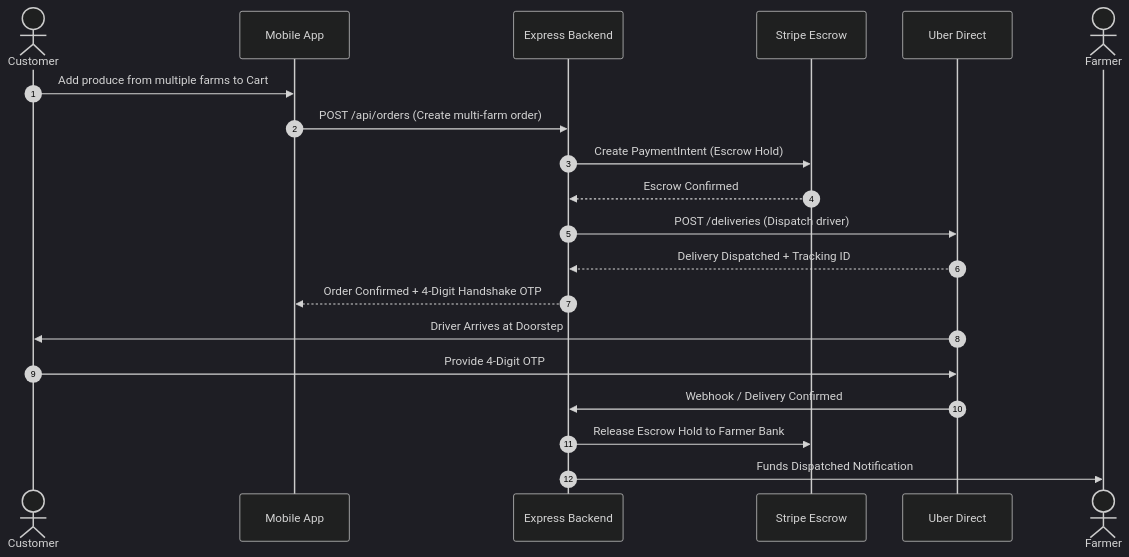
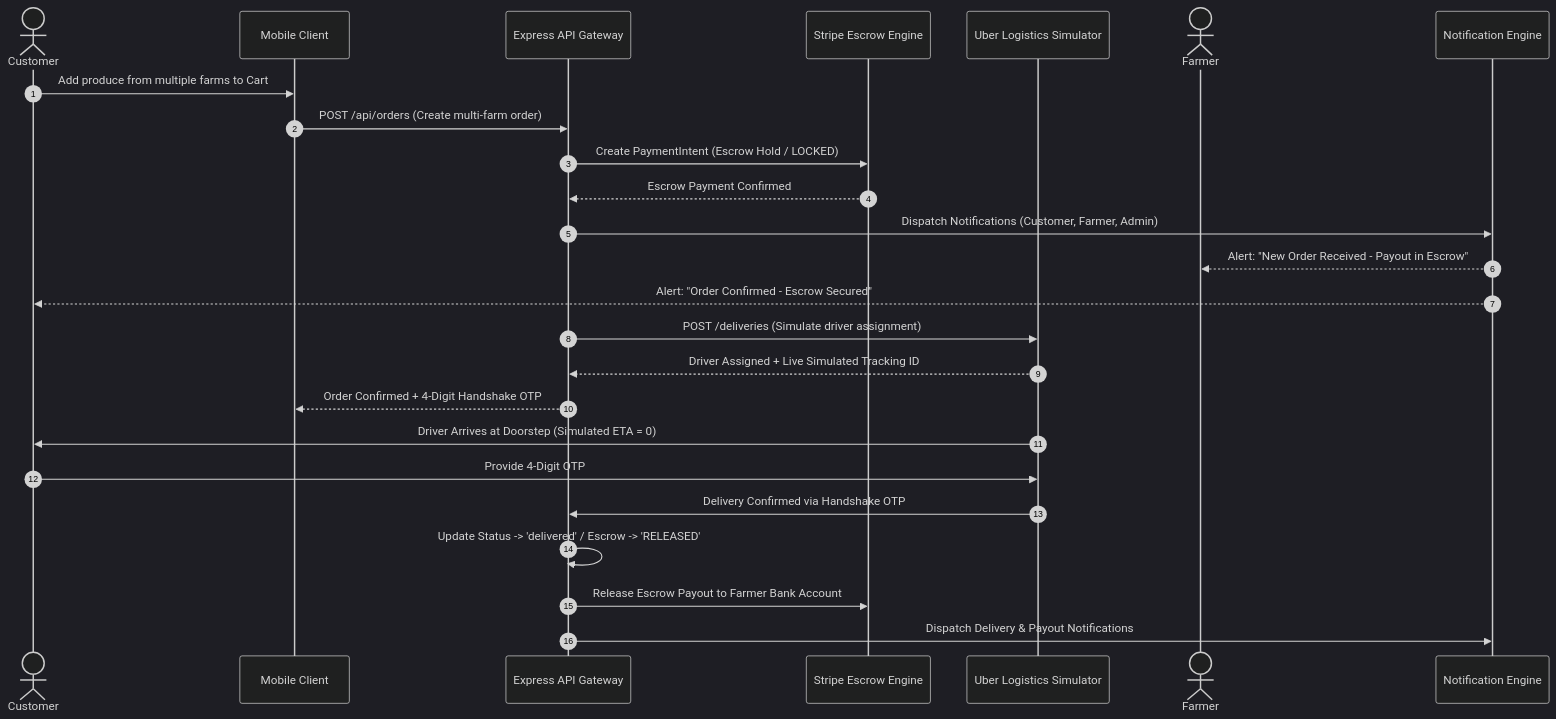
One commit to MeviniNethasa/Eco-Harvest changed the second of 8 diagrams in ECOHARVEST_TECHNICAL_ARCHITECTURE_AND_WORKFLOW.md. Above: the diagram before and after it, drawn with Mermaid (dark theme). The commit also changed other lines of this file and 6 other files, not shown here.

````diff
--- a/ECOHARVEST_TECHNICAL_ARCHITECTURE_AND_WORKFLOW.md
+++ b/ECOHARVEST_TECHNICAL_ARCHITECTURE_AND_WORKFLOW.md
@@ -76,23 +95,28 @@
 ```mermaid
 sequenceDiagram
     autonumber
     actor Customer
-    participant App as Mobile App
-    participant Backend as Express Backend
-    participant Stripe as Stripe Escrow
-    participant Uber as Uber Direct
+    participant App as Mobile Client
+    participant Backend as Express API Gateway
+    participant Stripe as Stripe Escrow Engine
+    participant Uber as Uber Logistics Simulator
     actor Farmer
+    participant Notif as Notification Engine
 
     Customer->>App: Add produce from multiple farms to Cart
     App->>Backend: POST /api/orders (Create multi-farm order)
-    Backend->>Stripe: Create PaymentIntent (Escrow Hold)
-    Stripe-->>Backend: Escrow Confirmed
-    Backend->>Uber: POST /deliveries (Dispatch driver)
-    Uber-->>Backend: Delivery Dispatched + Tracking ID
+    Backend->>Stripe: Create PaymentIntent (Escrow Hold / LOCKED)
+    Stripe-->>Backend: Escrow Payment Confirmed
+    Backend->>Notif: Dispatch Notifications (Customer, Farmer, Admin)
+    Notif-->>Farmer: Alert: "New Order Received - Payout in Escrow"
+    Notif-->>Customer: Alert: "Order Confirmed - Escrow Secured"
+    Backend->>Uber: POST /deliveries (Simulate driver assignment)
+    Uber-->>Backend: Driver Assigned + Live Simulated Tracking ID
     Backend-->>App: Order Confirmed + 4-Digit Handshake OTP
-    Uber->>Customer: Driver Arrives at Doorstep
+    Uber->>Customer: Driver Arrives at Doorstep (Simulated ETA = 0)
     Customer->>Uber: Provide 4-Digit OTP
-    Uber->>Backend: Webhook / Delivery Confirmed
-    Backend->>Stripe: Release Escrow Hold to Farmer Bank
-    Backend->>Farmer: Funds Dispatched Notification
+    Uber->>Backend: Delivery Confirmed via Handshake OTP
+    Backend->>Backend: Update Status -> 'delivered' / Escrow -> 'RELEASED'
+    Backend->>Stripe: Release Escrow Payout to Farmer Bank Account
+    Backend->>Notif: Dispatch Delivery & Payout Notifications
 ```
````
